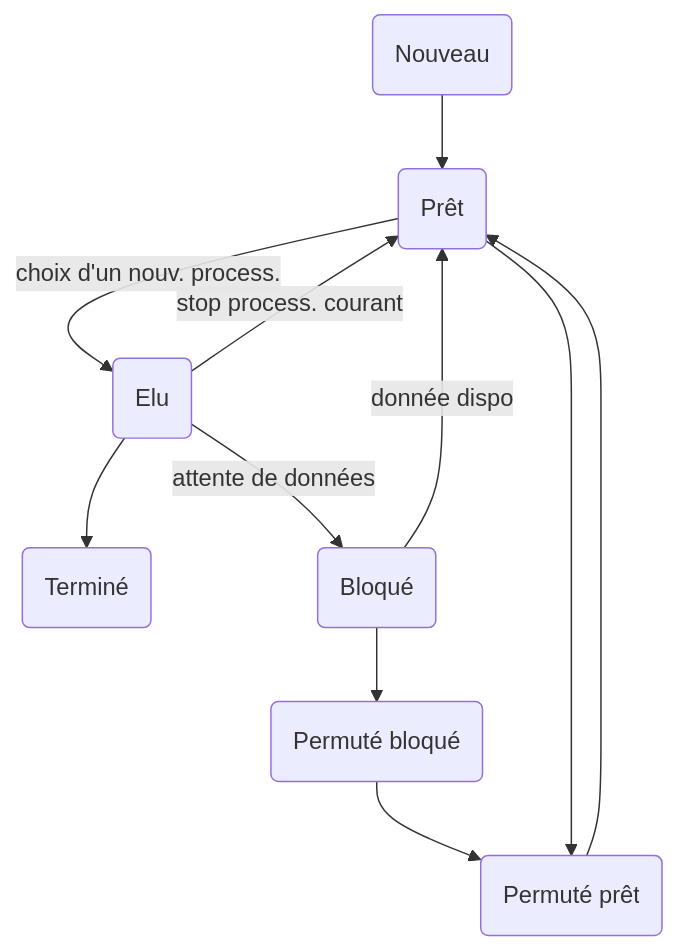
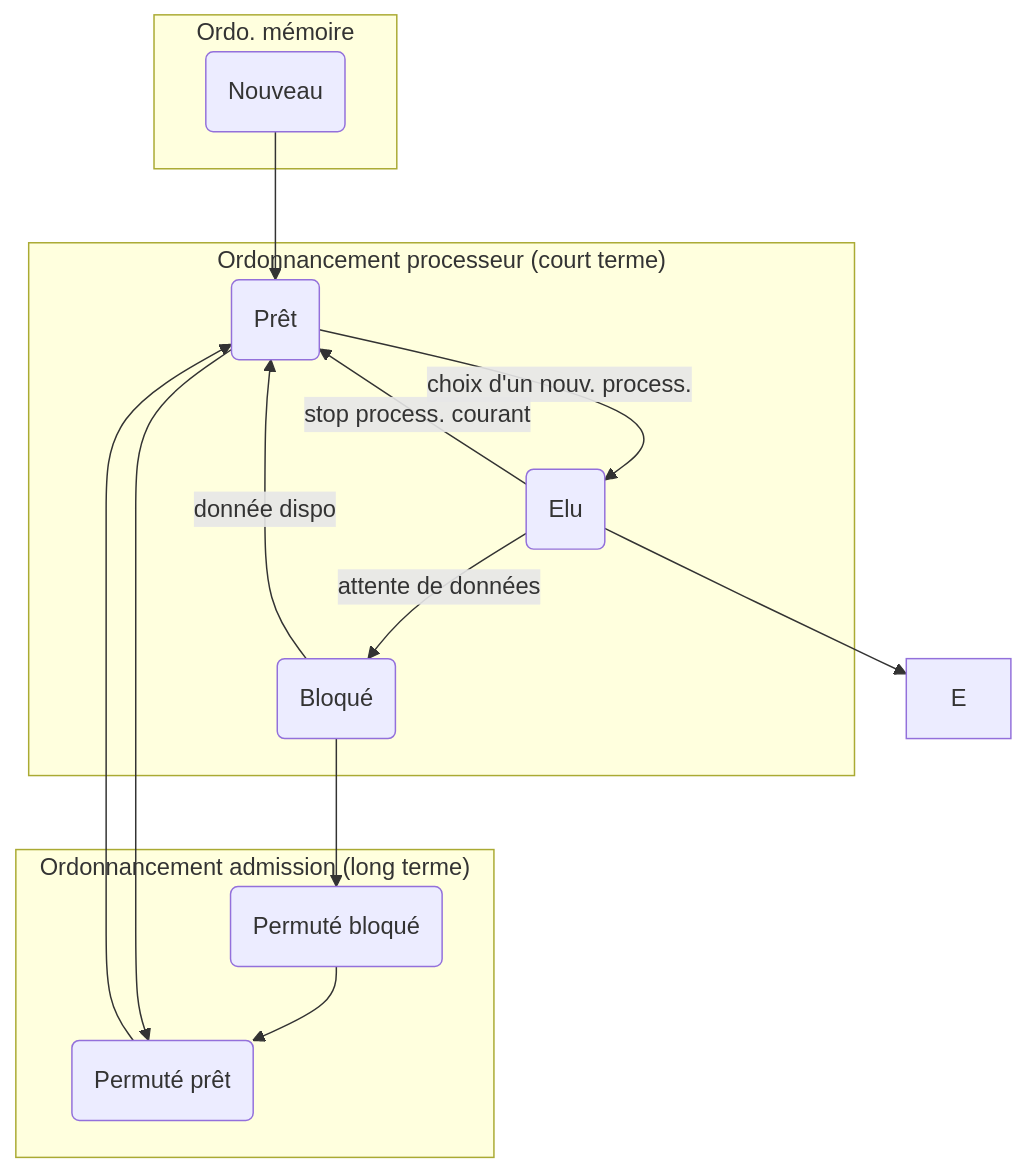
Before and after one commit to tanguy-rdt/depot-ensta-c: the diagram in OS/README.md, drawn with Mermaid.

Commit message:
add cours 'Ordonnancement' -- SA3/OS

````diff
--- a/OS/README.md
+++ b/OS/README.md
@@ -197,13 +197,25 @@
 ```mermaid
 graph TD
-    A(Nouveau) -->B(Prêt)
-    B -->|choix d'un nouv. process.| C(Elu)
-    C --> E(Terminé)
+    subgraph "Ordo. mémoire"
+    A(Nouveau)
+    end
+    subgraph "Ordonnancement admission (long terme)"
+    F(Permuté bloqué)
+    G(Permuté prêt)
+    end
+    subgraph "Ordonnancement processeur (court terme)"
+    B(Prêt)
+    D(Bloqué)
+    C(Elu)
+    end
+    A-->B(Prêt)
+    B -->|choix d'un nouv. process.| C
+    C --> E
     C -->|stop process. courant| B
-    C -->|attente de données| D(Bloqué)
+    C -->|attente de données| D
     D -->|donnée dispo| B
-    D --> F(Permuté bloqué)
-    F --> G(Permuté prêt)
+    D --> F
+    F --> G
     B --> G
     G --> B
 ```
````
